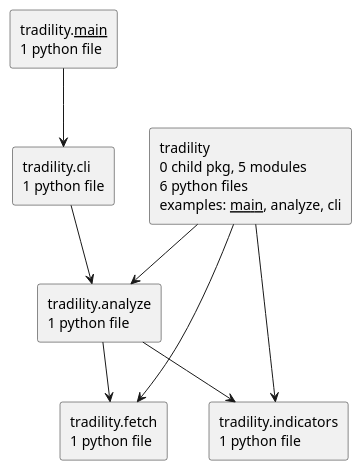
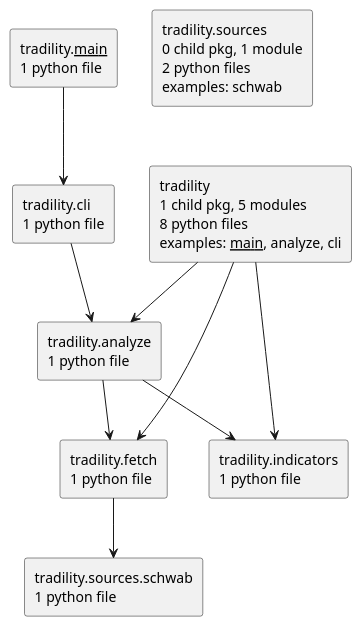
One commit to casonk/tradility changed the diagram in docs/diagrams/python-packages.puml. Above: the diagram before and after it, drawn with PlantUML. The commit also changed 33 other files, not shown here.

```diff
--- a/docs/diagrams/python-packages.puml
+++ b/docs/diagrams/python-packages.puml
@@ -1,18 +1,21 @@
-@startuml packages_checkout
+@startuml packages_tradility-schwab-refresh
 set namespaceSeparator none
 top to bottom direction
 skinparam componentStyle rectangle
-rectangle "tradility\n0 child pkg, 5 modules\n6 python files\nexamples: __main__, analyze, cli" as tradility
+rectangle "tradility\n1 child pkg, 5 modules\n8 python files\nexamples: __main__, analyze, cli" as tradility
 rectangle "tradility.__main__\n1 python file" as tradility.__main__
 rectangle "tradility.analyze\n1 python file" as tradility.analyze
 rectangle "tradility.cli\n1 python file" as tradility.cli
 rectangle "tradility.fetch\n1 python file" as tradility.fetch
 rectangle "tradility.indicators\n1 python file" as tradility.indicators
+rectangle "tradility.sources\n0 child pkg, 1 module\n2 python files\nexamples: schwab" as tradility.sources
+rectangle "tradility.sources.schwab\n1 python file" as tradility.sources.schwab
 tradility --> tradility.analyze
 tradility --> tradility.fetch
 tradility --> tradility.indicators
 tradility.__main__ --> tradility.cli
 tradility.analyze --> tradility.fetch
 tradility.analyze --> tradility.indicators
 tradility.cli --> tradility.analyze
+tradility.fetch --> tradility.sources.schwab
 @enduml
```
